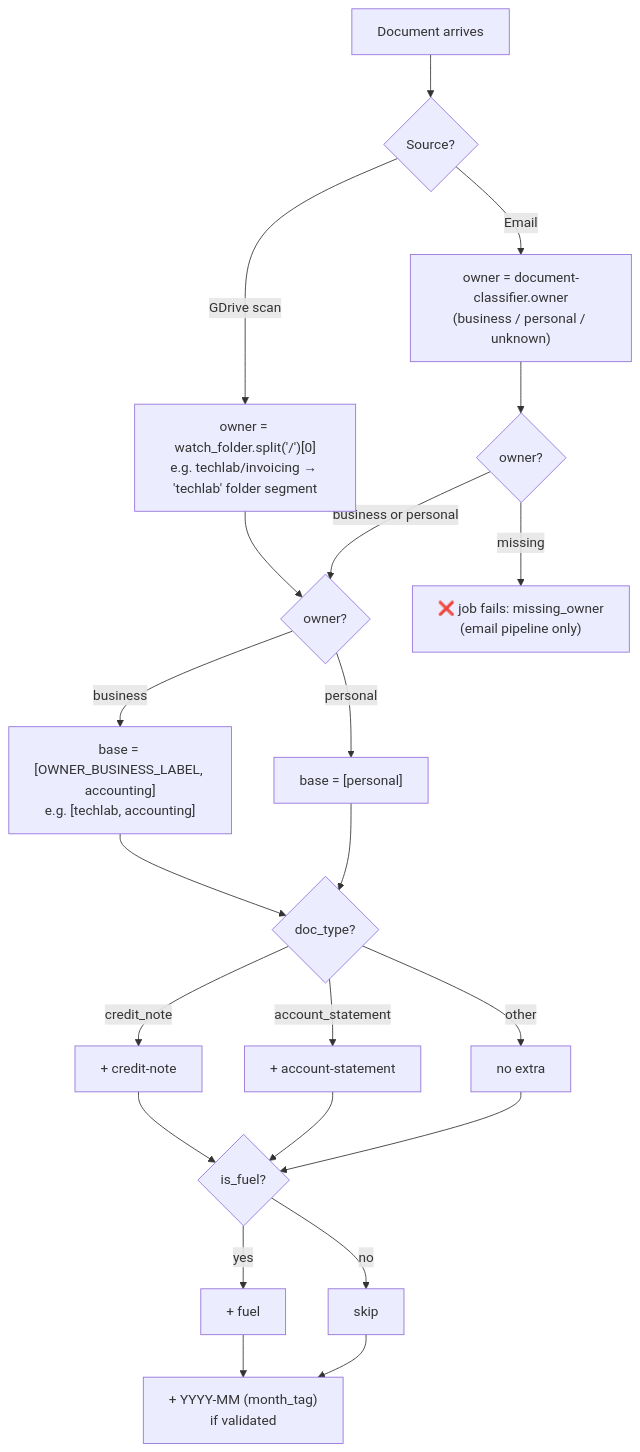
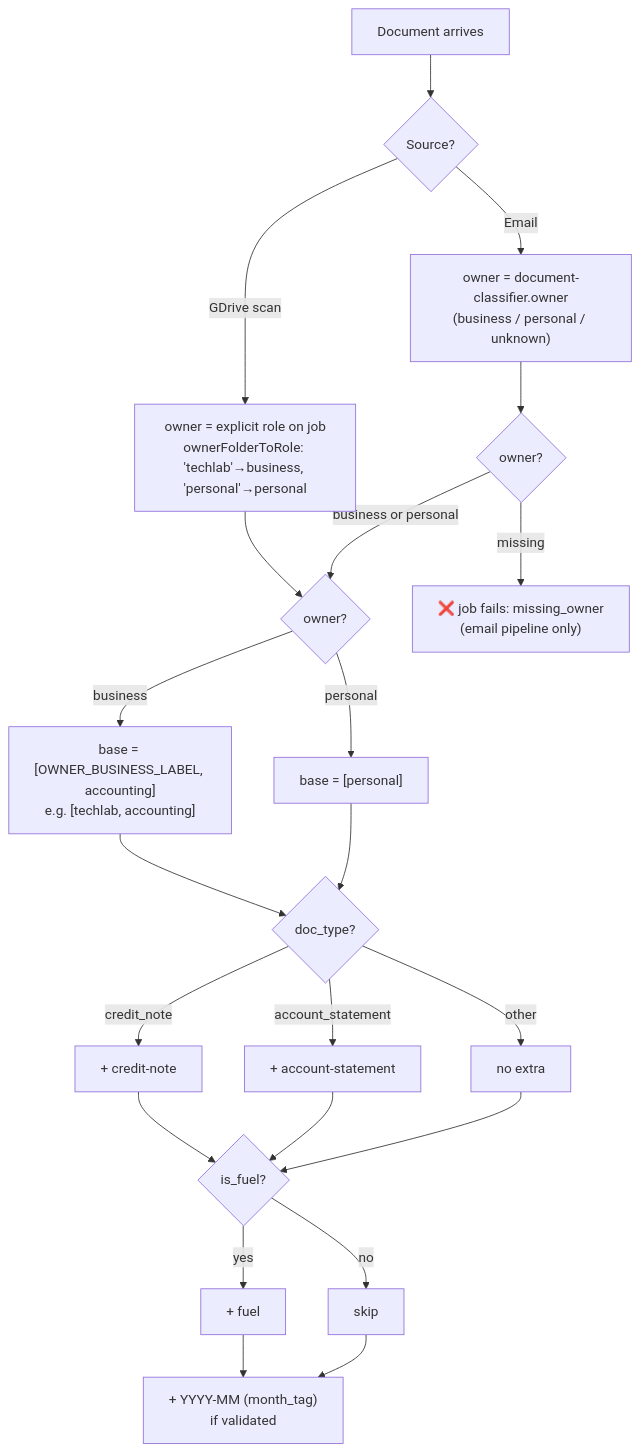
Before and after one commit to mcsdodo/personal-assistant: the third of 7 diagrams in docs/uc1-invoice-processing.md, drawn with Mermaid. The commit also changed other lines of this file and 8 other files, not shown here.

First line of the commit message:
chore(personal-assistant): wire GDrive nested-intake config + E2E harness + docs (task 96)

````diff
--- a/docs/uc1-invoice-processing.md
+++ b/docs/uc1-invoice-processing.md
@@ -212,33 +212,33 @@
 ```mermaid
 flowchart TD
     A[Document arrives] --> B{Source?}
 
-    B -->|GDrive scan| Bg["owner = watch_folder.split('/')[0]<br/>e.g. techlab/invoicing → 'techlab' folder segment"]
+    B -->|GDrive scan| Bg["owner = explicit role on job<br/>ownerFolderToRole: 'techlab'→business, 'personal'→personal"]
     B -->|Email| Be["owner = document-classifier.owner<br/>(business / personal / unknown)"]
 
     Bg --> D{owner?}
     Be --> Dm{owner?}
 
     Dm -->|missing| X["❌ job fails: missing_owner<br/>(email pipeline only)"]
     Dm -->|business or personal| D
 
     D -->|business| G["base = [OWNER_BUSINESS_LABEL, accounting]<br/>e.g. [techlab, accounting]"]
     D -->|personal| E["base = [personal]"]
 
     G --> Dt
     E --> Dt
     Dt{doc_type?}
     Dt -->|credit_note| Cn["+ credit-note"]
     Dt -->|account_statement| As["+ account-statement"]
     Dt -->|other| Skip[no extra]
 
     Cn --> J
     As --> J
     Skip --> J
 
     J{is_fuel?}
     J -->|yes| K["+ fuel"]
     J -->|no| L[skip]
     K --> M["+ YYYY-MM (month_tag)<br/>if validated"]
     L --> M
 ```
````
